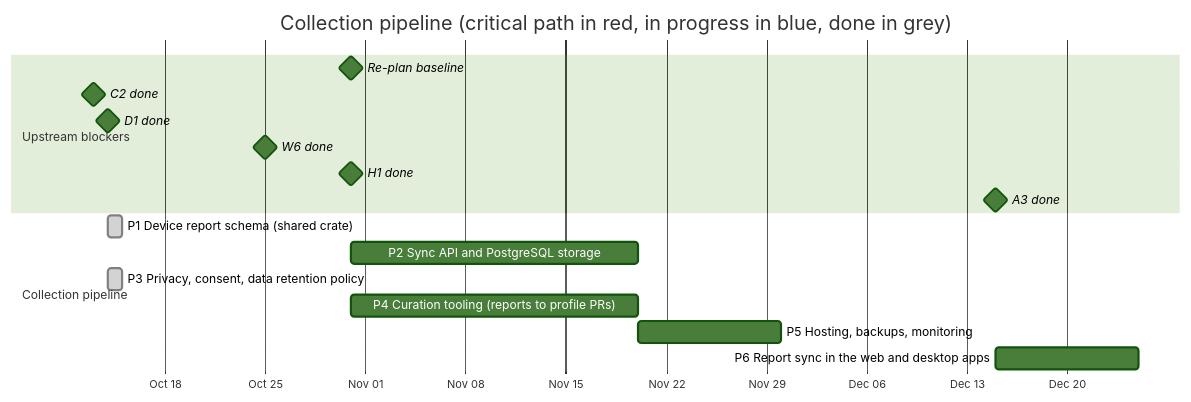
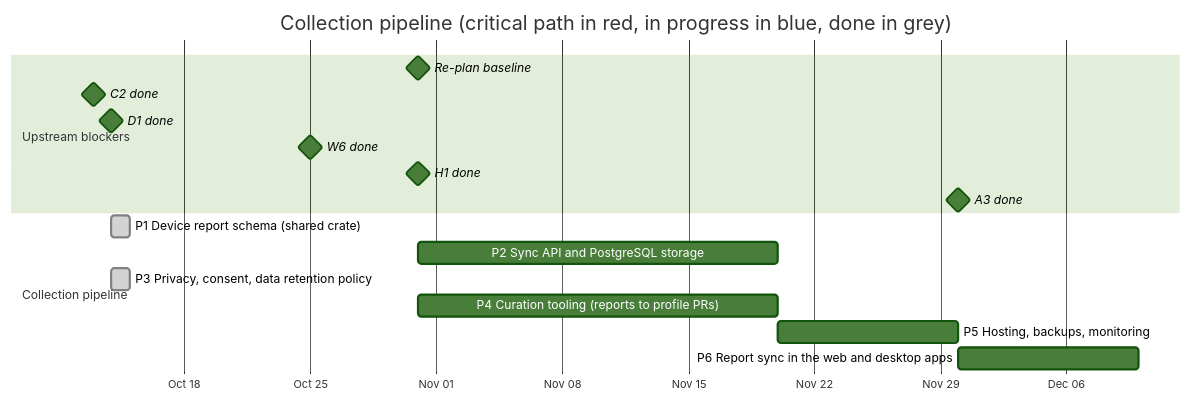
The diagram in ROADMAP/2026-10-31/03-collection-pipeline.md (anygamepad/anygamepad.github.io), drawn with Mermaid (forest theme) before and after one commit. The commit also changed other lines of this file and 26 other files, not shown here.

````diff
--- a/ROADMAP/2026-10-31/03-collection-pipeline.md
+++ b/ROADMAP/2026-10-31/03-collection-pipeline.md
@@ -12,20 +12,20 @@
 ```mermaid
 gantt
     dateFormat YYYY-MM-DD
     axisFormat %b %d
     title Collection pipeline (critical path in red, in progress in blue, done in grey)
     section Upstream blockers
     Re-plan baseline :milestone, t0, 2026-10-31, 0d
     C2 done :milestone, c2, 2026-10-13, 0d
     D1 done :milestone, d1, 2026-10-14, 0d
     W6 done :milestone, w6, 2026-10-25, 0d
     H1 done :milestone, h1, 2026-10-31, 0d
-    A3 done :milestone, a3, 2026-12-15, 0d
+    A3 done :milestone, a3, 2026-11-30, 0d
     section Collection pipeline
     P1 Device report schema (shared crate) :done, p1, 2026-10-14, 1d
     P2 Sync API and PostgreSQL storage :p2, after p1 t0, 20d
     P3 Privacy, consent, data retention policy :done, p3, 2026-10-14, 1d
     P4 Curation tooling (reports to profile PRs) :p4, after p1 d1 h1, 20d
     P5 Hosting, backups, monitoring :p5, after p2, 10d
     P6 Report sync in the web and desktop apps :p6, after p2 w6 a3, 10d
 ```
````
